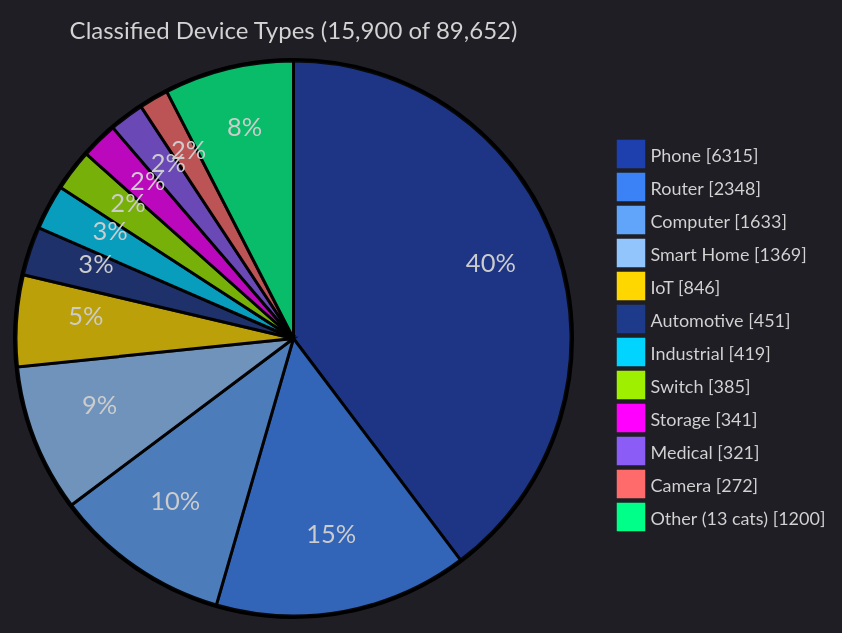
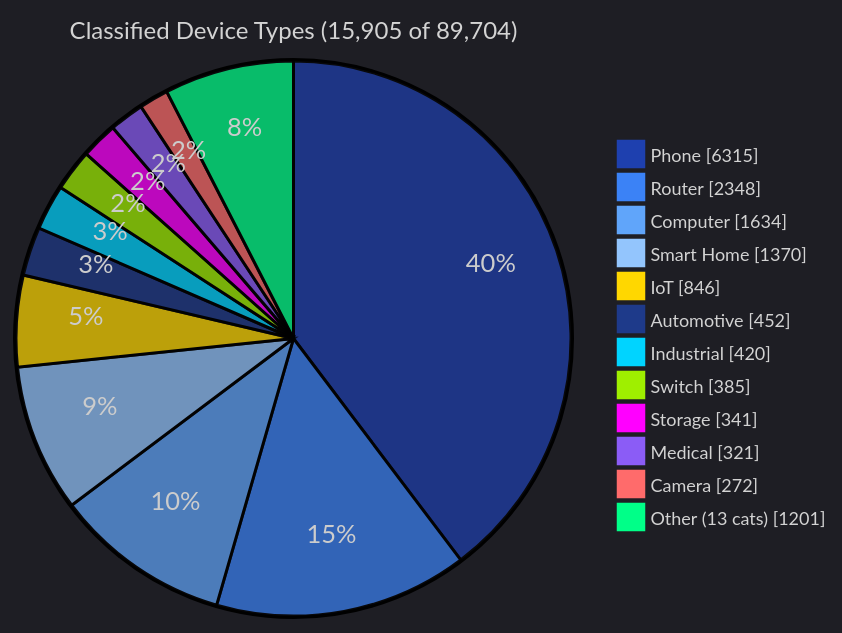
The fourth of 5 diagrams in README.md (Ringmast4r/OUI-Master-Database), drawn with Mermaid before and after one commit. The commit also changed other lines of this file and 14 other files, not shown here.

````diff
--- a/README.md
+++ b/README.md
@@ -166,17 +166,17 @@
 ```mermaid
 %%{init: {'theme':'dark', 'themeVariables': {'pie1':'#1E40AF','pie2':'#3B82F6','pie3':'#60A5FA','pie4':'#93C5FD','pie5':'#FFD700','pie6':'#1E3A8A','pie7':'#00D4FF','pie8':'#9FEF00','pie9':'#FF00FF','pie10':'#8B5CF6','pie11':'#FF6B6B','pie12':'#00FF88','pieTitleTextSize':'16px','pieLegendTextSize':'12px'}}}%%
 pie showData
-    title Classified Device Types (15,900 of 89,652)
+    title Classified Device Types (15,905 of 89,704)
     "Phone" : 6315
     "Router" : 2348
-    "Computer" : 1633
-    "Smart Home" : 1369
+    "Computer" : 1634
+    "Smart Home" : 1370
     "IoT" : 846
-    "Automotive" : 451
-    "Industrial" : 419
+    "Automotive" : 452
+    "Industrial" : 420
     "Switch" : 385
     "Storage" : 341
     "Medical" : 321
     "Camera" : 272
-    "Other (13 cats)" : 1200
+    "Other (13 cats)" : 1201
 ```
````
